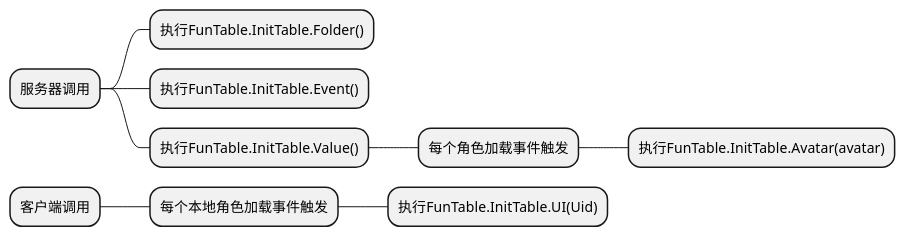
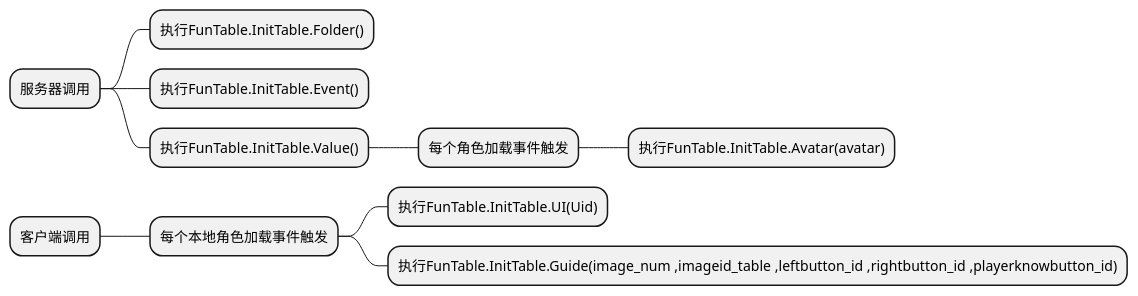
One commit to myrainbowcolor/Rworlder changed the diagram in docs/ReWorld编程模板目录/模板/功能系统/Player_guide.md. Above: the diagram before and after it, drawn with PlantUML. The commit also changed other lines of this file and 1 other file, not shown here.

````diff
--- a/docs/ReWorld编程模板目录/模板/功能系统/Player_guide.md
+++ b/docs/ReWorld编程模板目录/模板/功能系统/Player_guide.md
@@ -4,14 +4,15 @@
 ```plantuml
 @startmindmap
 * 服务器调用
 ** 执行FunTable.InitTable.Folder()
 ** 执行FunTable.InitTable.Event()
 ** 执行FunTable.InitTable.Value()
 *** 每个角色加载事件触发
 **** 执行FunTable.InitTable.Avatar(avatar)
 
 * 客户端调用
 ** 每个本地角色加载事件触发
 *** 执行FunTable.InitTable.UI(Uid)
+*** 执行FunTable.InitTable.Guide(image_num ,imageid_table ,leftbutton_id ,rightbutton_id ,playerknowbutton_id)
 @endmindmap
 ```
````
